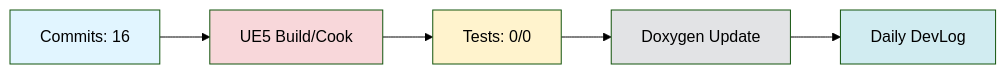
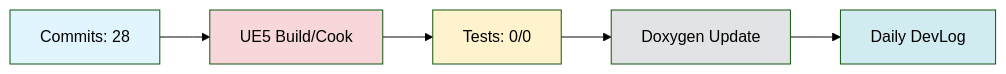
One commit to doppleddiggong/Onepiece changed the diagram in Documents/DevLog/Daily/2025-11-10.md. Above: the diagram before and after it, drawn with Mermaid (forest theme). The commit also changed other lines of this file and 1 other file, not shown here.

````diff
--- a/Documents/DevLog/Daily/2025-11-10.md
+++ b/Documents/DevLog/Daily/2025-11-10.md
@@ -104,13 +107,13 @@
 ```mermaid
 flowchart LR
-  Dev[Commits: 16] --> Build[UE5 Build/Cook]
+  Dev[Commits: 28] --> Build[UE5 Build/Cook]
   Build --> Test[Tests: 0/0]
   Test --> Doc[Doxygen Update]
   Doc --> Daily[Daily DevLog]
 
   style Dev fill:#e1f5ff
   style Build fill:#f8d7da
   style Test fill:#fff3cd
   style Doc fill:#e2e3e5
   style Daily fill:#d1ecf1
 ```
````
